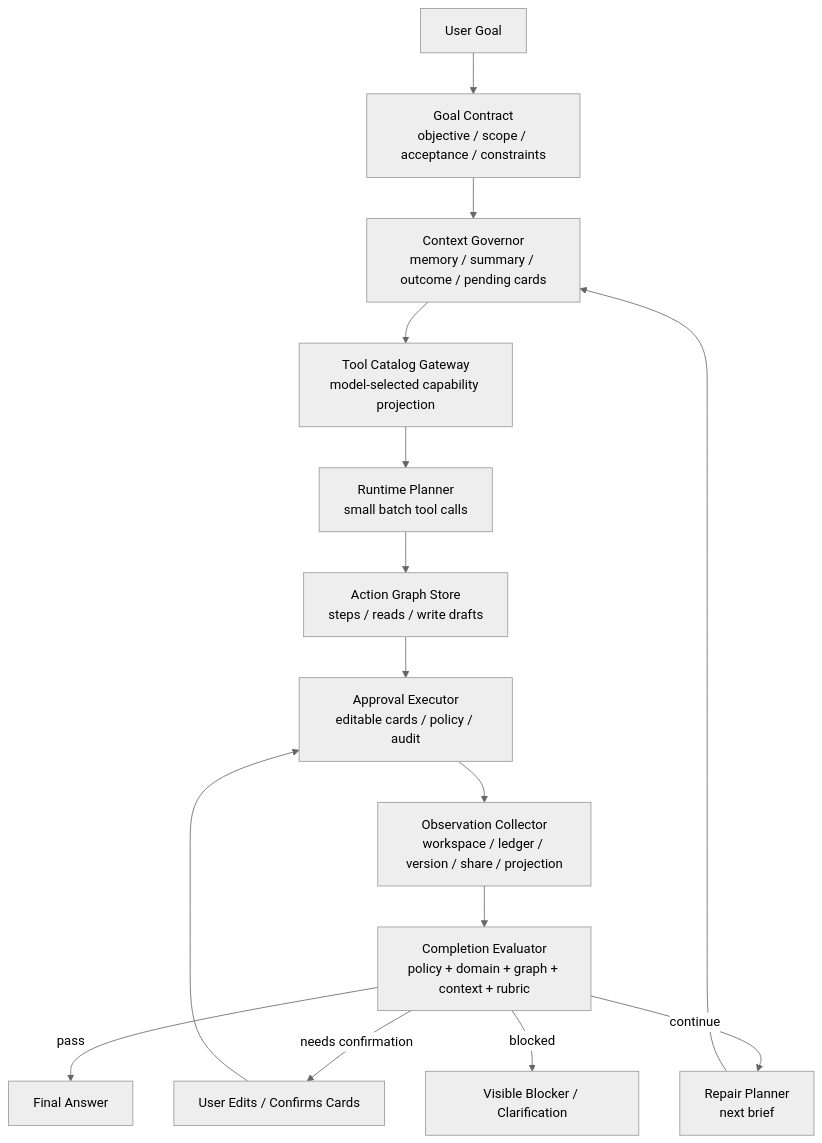
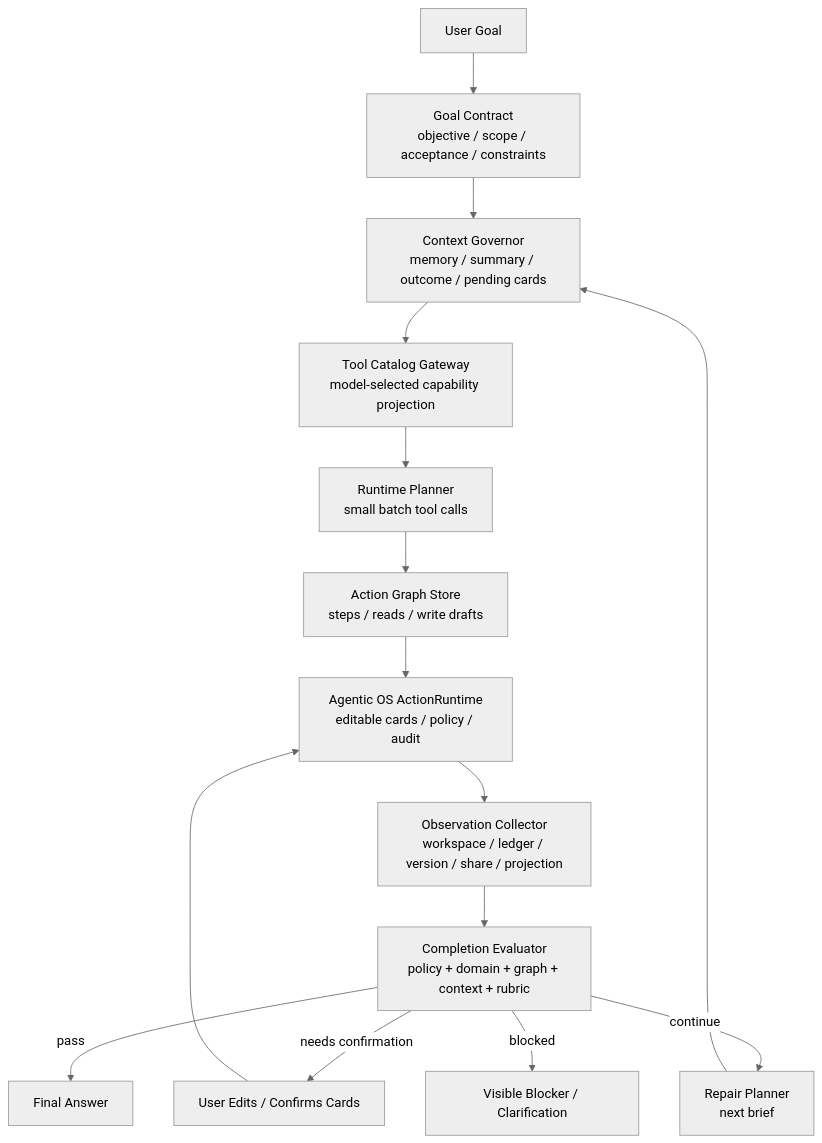
One commit to Suysker/xox-model changed the diagram in docs/agent-design.md. Above: the diagram before and after it, drawn with Mermaid (neutral theme). The commit also changed other lines of this file and 16 other files, not shown here.

````diff
--- a/docs/agent-design.md
+++ b/docs/agent-design.md
@@ -99,17 +99,17 @@
 ```mermaid
 flowchart TB
   User[User Goal] --> Contract[Goal Contract<br/>objective / scope / acceptance / constraints]
   Contract --> Context[Context Governor<br/>memory / summary / outcome / pending cards]
   Context --> Gateway[Tool Catalog Gateway<br/>model-selected capability projection]
   Gateway --> Planner[Runtime Planner<br/>small batch tool calls]
   Planner --> Graph[Action Graph Store<br/>steps / reads / write drafts]
-  Graph --> Approval[Approval Executor<br/>editable cards / policy / audit]
+  Graph --> Approval[Agentic OS ActionRuntime<br/>editable cards / policy / audit]
   Approval --> Observation[Observation Collector<br/>workspace / ledger / version / share / projection]
   Observation --> Eval[Completion Evaluator<br/>policy + domain + graph + context + rubric]
   Eval -->|pass| Final[Final Answer]
   Eval -->|needs confirmation| Cards[User Edits / Confirms Cards]
   Cards --> Approval
   Eval -->|continue| Repair[Repair Planner<br/>next brief]
   Repair --> Context
   Eval -->|blocked| Blocked[Visible Blocker / Clarification]
 ```
````
